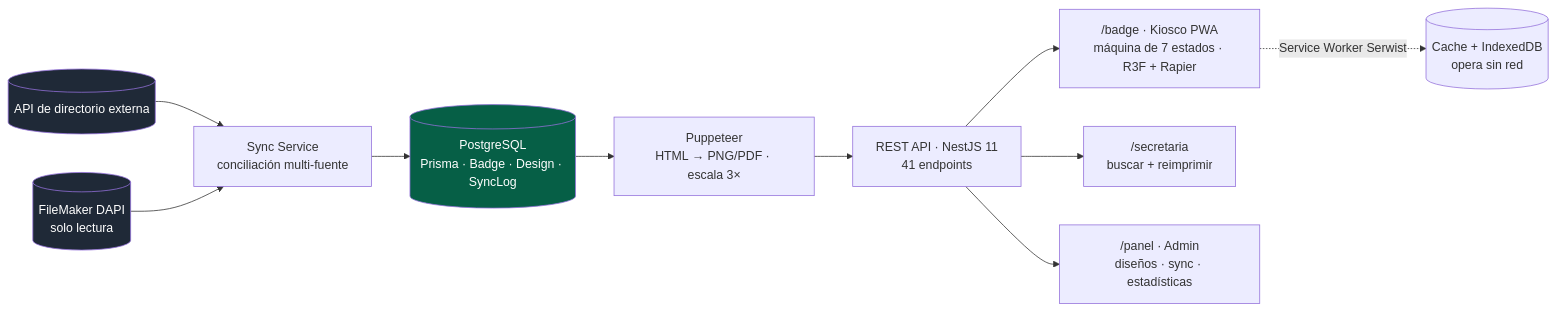
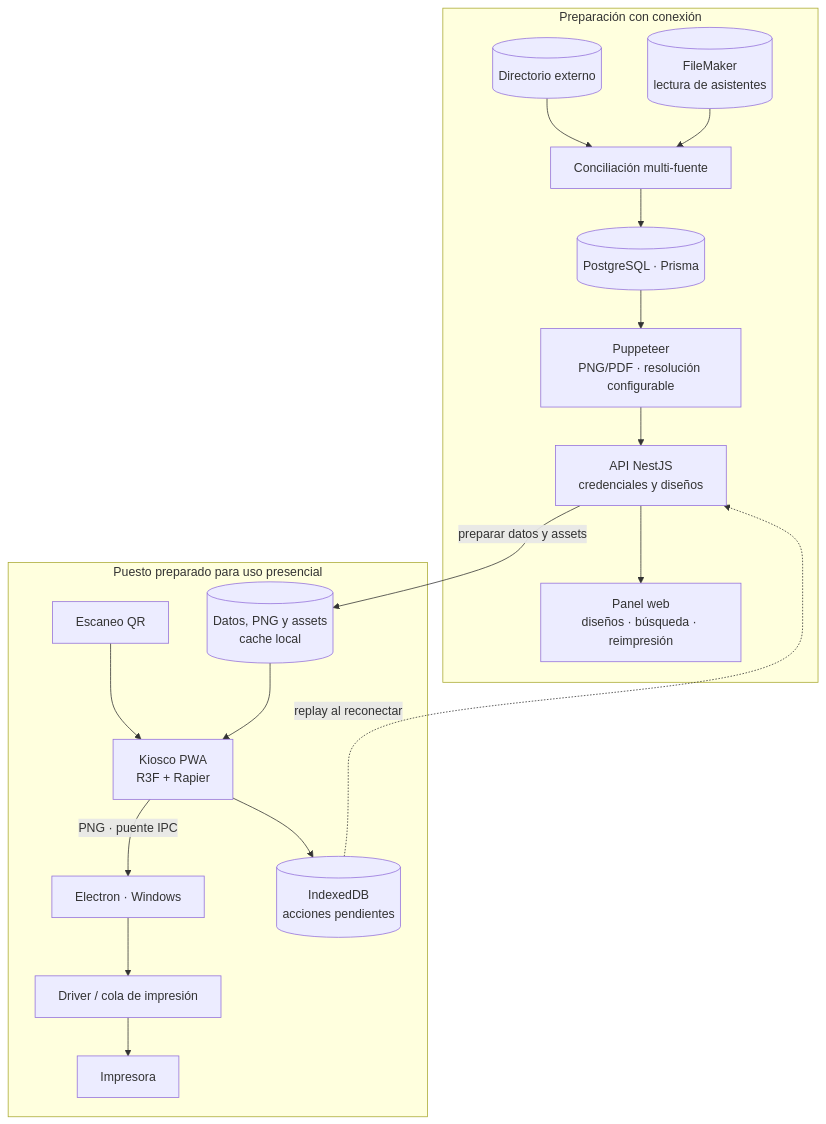
One commit to aleglope/production-systems-case-studies changed the first of 2 diagrams in projects/printflow.es.md. Above: the diagram before and after it, drawn with Mermaid. The commit also changed other lines of this file and 25 other files, not shown here.

````diff
--- a/projects/printflow.es.md
+++ b/projects/printflow.es.md
@@ -21,18 +27,22 @@
 ```mermaid
-flowchart LR
-    HEL[("API de directorio externa")] --> SYNC["Sync Service<br/>conciliación multi-fuente"]
-    FM[("FileMaker DAPI<br/>solo lectura")] --> SYNC
-    SYNC --> PG[("PostgreSQL<br/>Prisma · Badge · Design · SyncLog")]
-    PG --> PUP["Puppeteer<br/>HTML → PNG/PDF · escala 3×"]
-
-    PUP --> API["REST API · NestJS 11<br/>41 endpoints"]
-    API --> KIOSK["/badge · Kiosco PWA<br/>máquina de 7 estados · R3F + Rapier"]
-    API --> SEC["/secretaria<br/>buscar + reimprimir"]
-    API --> PANEL["/panel · Admin<br/>diseños · sync · estadísticas"]
-
-    KIOSK -. "Service Worker Serwist" .-> CACHE[("Cache + IndexedDB<br/>opera sin red")]
-
-    style PG fill:#065f46,color:#fff
-    style FM fill:#1f2937,color:#fff
-    style HEL fill:#1f2937,color:#fff
+flowchart TB
+    subgraph PREP["Preparación con conexión"]
+        HEL[("Directorio externo")] --> SYNC["Conciliación multi-fuente"]
+        FM[("FileMaker<br/>lectura de asistentes")] --> SYNC
+        SYNC --> PG[("PostgreSQL · Prisma")]
+        PG --> PUP["Puppeteer<br/>PNG/PDF · resolución configurable"]
+        PUP --> API["API NestJS<br/>credenciales y diseños"]
+        API --> PANEL["Panel web<br/>diseños · búsqueda · reimpresión"]
+    end
+    subgraph LOCAL["Puesto preparado para uso presencial"]
+        CACHE[("Datos, PNG y assets<br/>cache local")]
+        QR["Escaneo QR"] --> KIOSK["Kiosco PWA<br/>R3F + Rapier"]
+        CACHE --> KIOSK
+        KIOSK -- "PNG · puente IPC" --> DESKTOP["Electron · Windows"]
+        DESKTOP --> DRIVER["Driver / cola de impresión"]
+        DRIVER --> PRINTER["Impresora"]
+        KIOSK --> QUEUE[("IndexedDB<br/>acciones pendientes")]
+    end
+    API -- "preparar datos y assets" --> CACHE
+    QUEUE -. "replay al reconectar" .-> API
 ```
````
